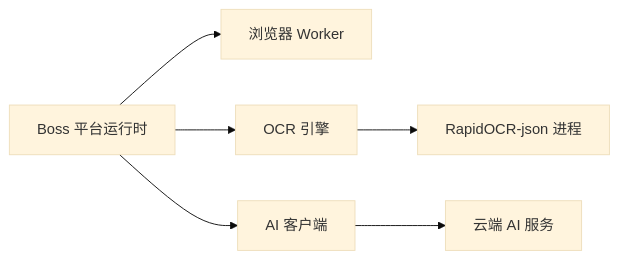
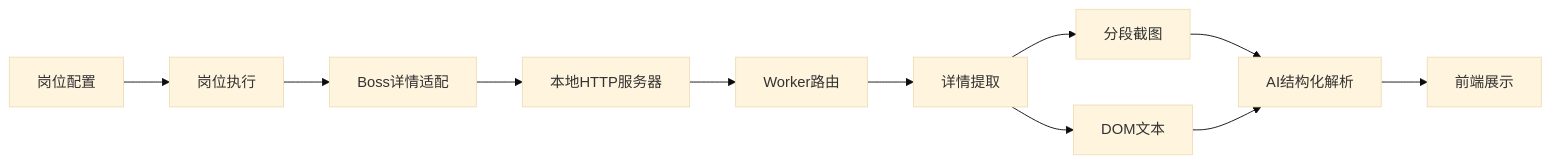
The eighth of 8 diagrams in .qoder/repowiki/zh/content/本地执行器/平台适配器/Boss直聘适配器/简历详情解析.md (alvinwangzi/goodhr), drawn with Mermaid (base theme) before and after one commit. The commit also changed other lines of this file and 149 other files, not shown here.

````diff
--- a/.qoder/repowiki/zh/content/本地执行器/平台适配器/Boss直聘适配器/简历详情解析.md
+++ b/.qoder/repowiki/zh/content/本地执行器/平台适配器/Boss直聘适配器/简历详情解析.md
@@ -279,8 +338,13 @@
 ```mermaid
 graph LR
-Runtime["Boss 平台运行时"] --> Worker["浏览器 Worker"]
-Runtime --> OCR["OCR 引擎"]
-Runtime --> AI["AI 客户端"]
-OCR --> Process["RapidOCR-json 进程"]
-AI --> Cloud["云端 AI 服务"]
+PConf["岗位配置"] --> PExec["岗位执行"]
+PExec --> BossDetail["Boss详情适配"]
+BossDetail --> ServerAPI["本地HTTP服务器"]
+ServerAPI --> Router["Worker路由"]
+Router --> Extract["详情提取"]
+Extract --> Screenshot["分段截图"]
+Extract --> Text["DOM文本"]
+Screenshot --> AI["AI结构化解析"]
+Text --> AI
+AI --> Frontend["前端展示"]
 ```
````
